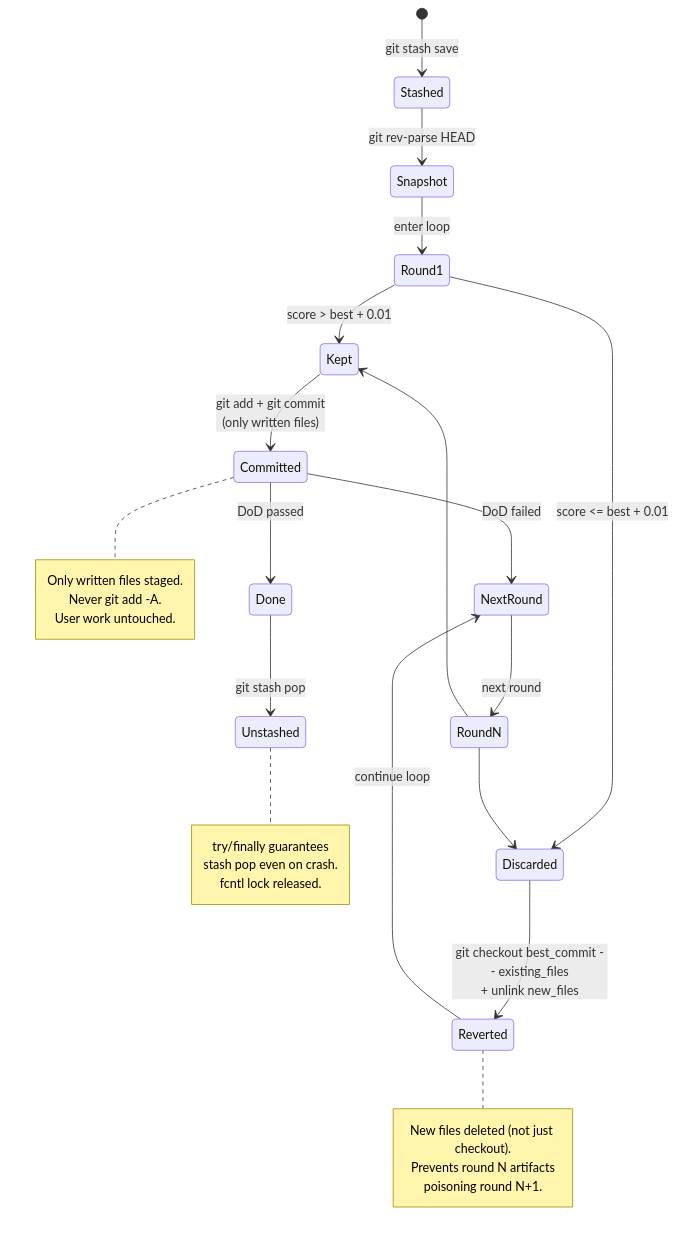
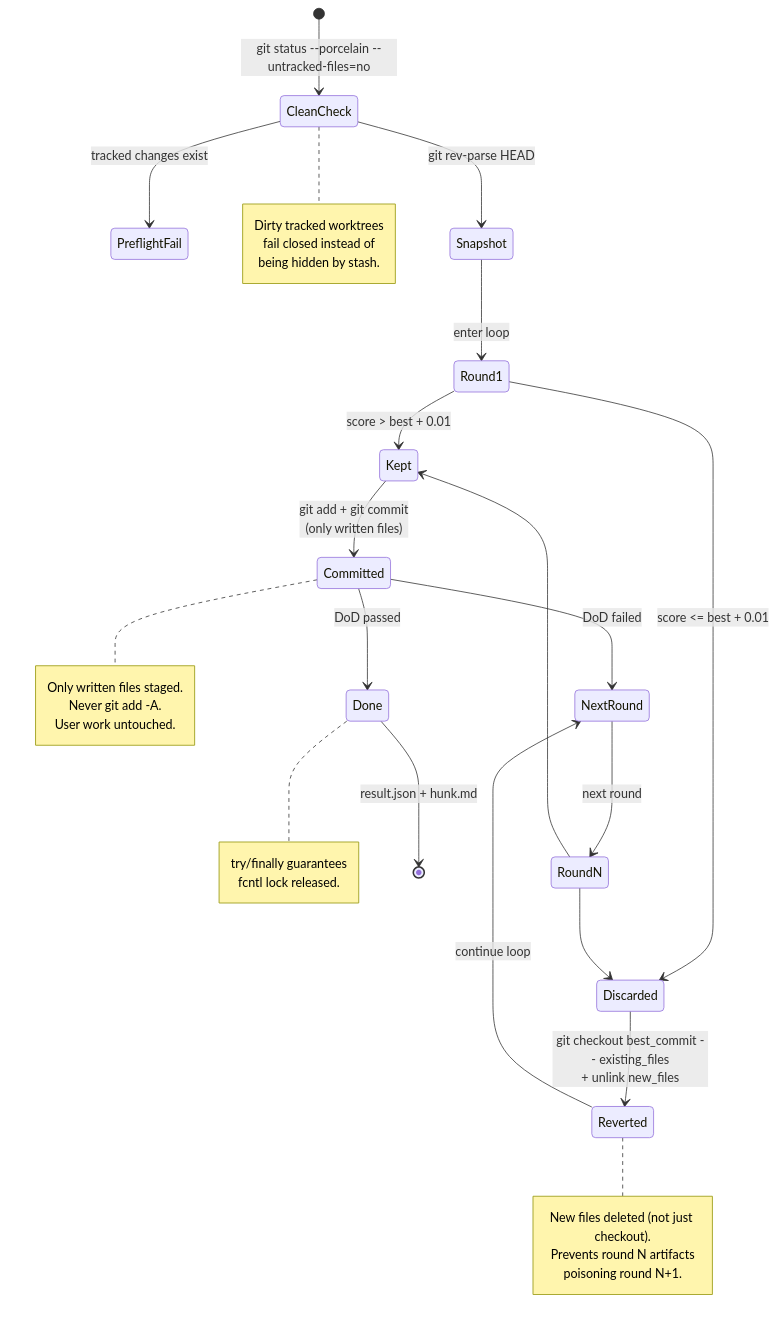
The seventh of 10 diagrams in skills/code-runner/WALKTHROUGH.md (grahama1970/agent-skills), drawn with Mermaid before and after one commit. The commit also changed other lines of this file and 29 other files, not shown here.

````diff
--- a/skills/code-runner/WALKTHROUGH.md
+++ b/skills/code-runner/WALKTHROUGH.md
@@ -241,41 +240,47 @@
 ```mermaid
 stateDiagram-v2
-    [*] --> Stashed: git stash save
-    Stashed --> Snapshot: git rev-parse HEAD
+    [*] --> CleanCheck: git status --porcelain --untracked-files=no
+    CleanCheck --> PreflightFail: tracked changes exist
+    CleanCheck --> Snapshot: git rev-parse HEAD
 
     Snapshot --> Round1: enter loop
 
     Round1 --> Kept: score > best + 0.01
     Round1 --> Discarded: score <= best + 0.01
 
     Kept --> Committed: git add + git commit<br/>(only written files)
     Committed --> NextRound: DoD failed
     Committed --> Done: DoD passed
 
     Discarded --> Reverted: git checkout best_commit -- existing_files<br/>+ unlink new_files
     Reverted --> NextRound: continue loop
 
     NextRound --> RoundN: next round
     RoundN --> Kept
     RoundN --> Discarded
 
-    Done --> Unstashed: git stash pop
+    Done --> [*]: result.json + hunk.md
 
     note right of Committed
         Only written files staged.
         Never git add -A.
         User work untouched.
     end note
 
     note right of Reverted
         New files deleted (not just checkout).
         Prevents round N artifacts
         poisoning round N+1.
     end note
 
-    note right of Unstashed
+    note right of CleanCheck
+        Dirty tracked worktrees
+        fail closed instead of
+        being hidden by stash.
+    end note
+
+    note right of Done
         try/finally guarantees
-        stash pop even on crash.
         fcntl lock released.
     end note
 ```
````
